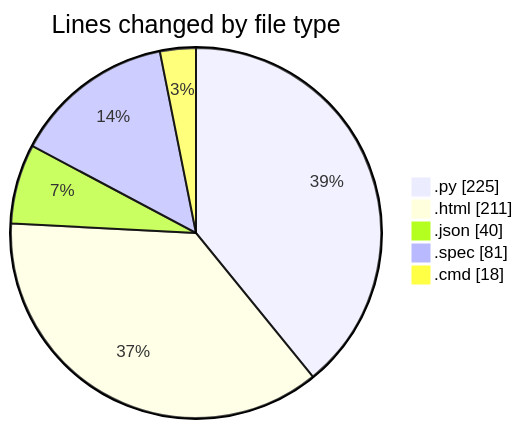
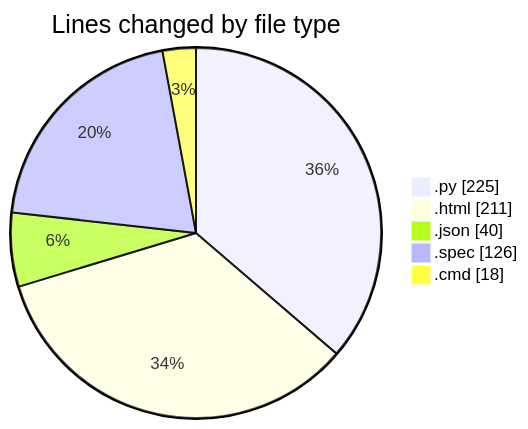
One commit to FelipKnott/code-tracking changed the first of 2 diagrams in 2025-07-12/cursor/README.md. Above: the diagram before and after it, drawn with Mermaid. The commit also changed other lines of this file and 1 other file, not shown here.

````diff
--- a/2025-07-12/cursor/README.md
+++ b/2025-07-12/cursor/README.md
@@ -26,9 +27,9 @@
 ```mermaid
 pie showData
 title Lines changed by file type
 ".py" : 225
 ".html" : 211
 ".json" : 40
-".spec" : 81
+".spec" : 126
 ".cmd" : 18
 ```
````
